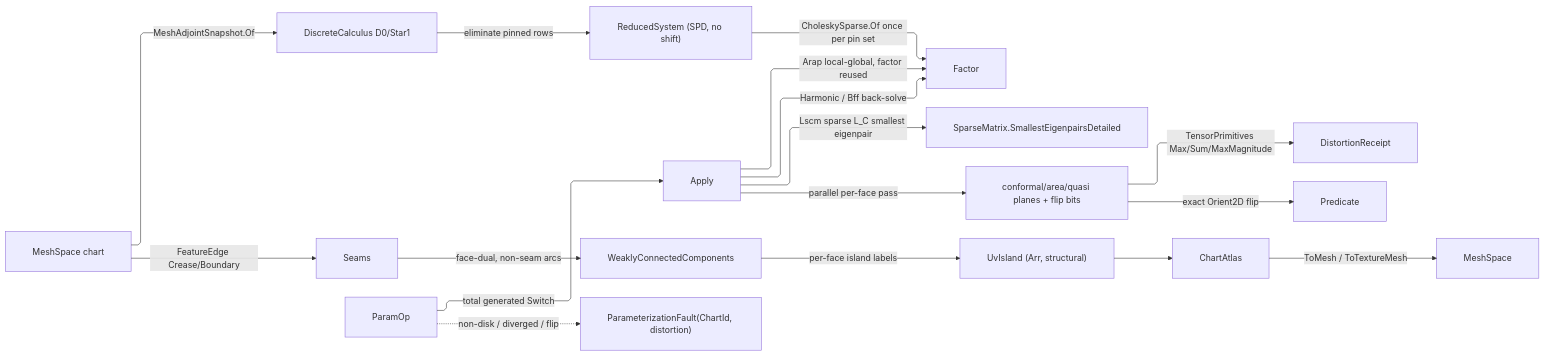
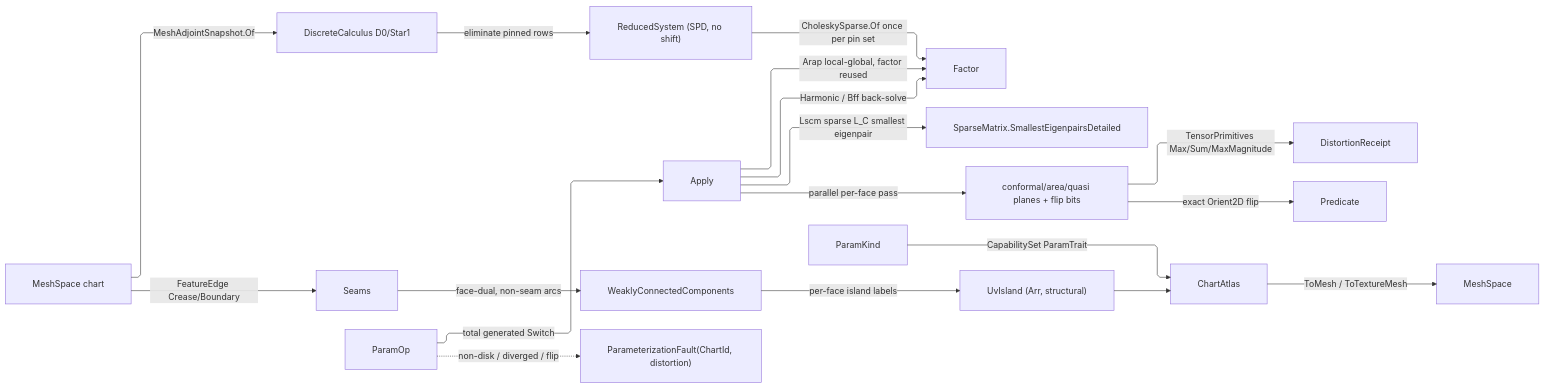
One commit to bsamiee/Rasm changed the diagram in libs/csharp/Rasm/.planning/Processing/flatten.md. Above: the diagram before and after it, drawn with Mermaid. The commit also changed other lines of this file and 818 other files, not shown here.

````diff
--- a/libs/csharp/Rasm/.planning/Processing/flatten.md
+++ b/libs/csharp/Rasm/.planning/Processing/flatten.md
@@ -721,28 +889,29 @@
 ```mermaid
 ---
 config:
   layout: elk
   flowchart:
     curve: linear
     padding: 25
 ---
 flowchart LR
     accTitle: Parameterization dispatch
     accDescr: ParamOp folds over the DEC substrate through the eliminated pinned solve into the content-keyed chart atlas.
     Chart["MeshSpace chart"] -->|MeshAdjointSnapshot.Of| DEC["DiscreteCalculus D0/Star1"]
     DEC -->|eliminate pinned rows| Reduced["ReducedSystem (SPD, no shift)"]
     Reduced -->|CholeskySparse.Of once per pin set| Factor
     Chart -->|FeatureEdge Crease/Boundary| Seams
     ParamOp -->|total generated Switch| Apply
     Apply -->|Harmonic / Bff back-solve| Factor
     Apply -->|Lscm sparse L_C smallest eigenpair| Lobpcg["SparseMatrix.SmallestEigenpairsDetailed"]
     Apply -->|Arap local-global, factor reused| Factor
     Apply -->|parallel per-face pass| Distortion["conformal/area/quasi planes + flip bits"]
     Distortion -->|TensorPrimitives Max/Sum/MaxMagnitude| Receipt["DistortionReceipt"]
     Distortion -->|exact Orient2D flip| Predicate
     Seams -->|face-dual, non-seam arcs| QuikGraph["WeaklyConnectedComponents"]
     QuikGraph -->|per-face island labels| Islands["UvIsland (Arr, structural)"]
     Islands --> ChartAtlas
+    ParamKind -->|CapabilitySet ParamTrait| ChartAtlas
     ChartAtlas -->|ToMesh / ToTextureMesh| MeshSpaceOut["MeshSpace"]
     ParamOp -.->|non-disk / diverged / flip| GeometryFault["ParameterizationFault(ChartId, distortion)"]
 ```
````
